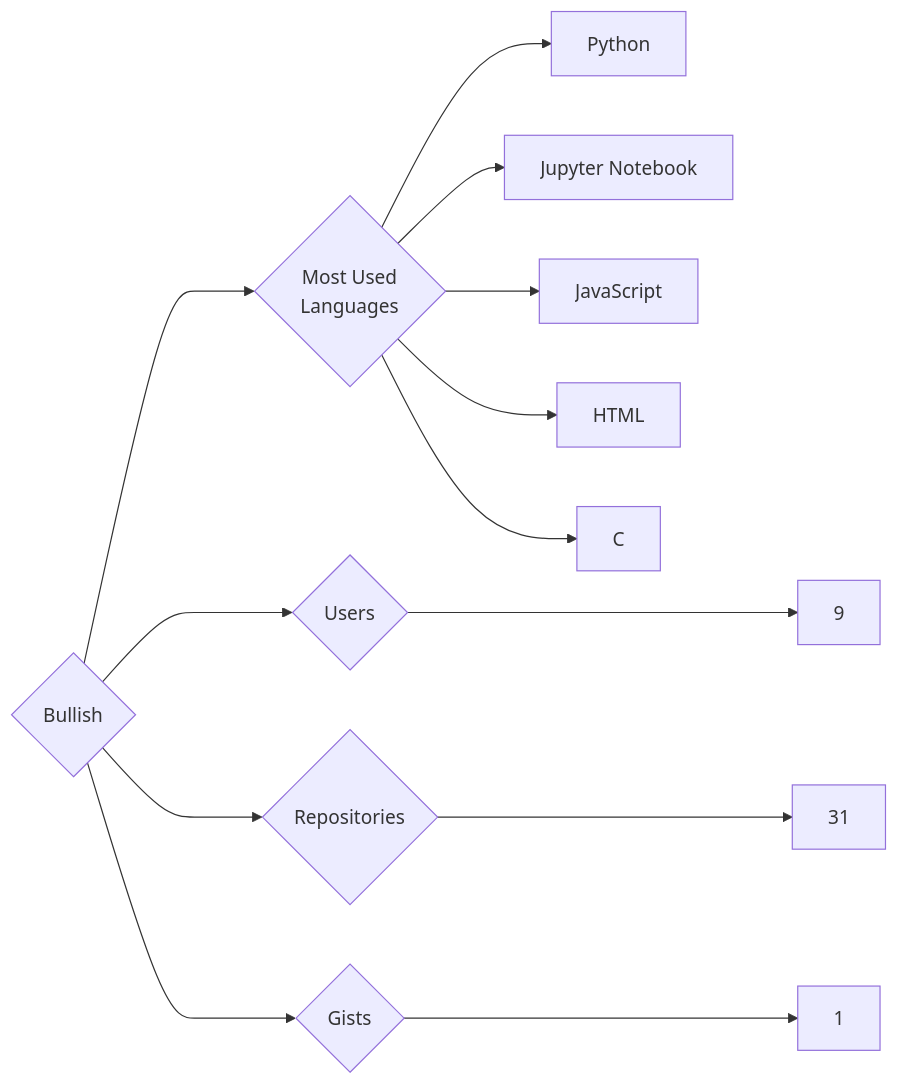
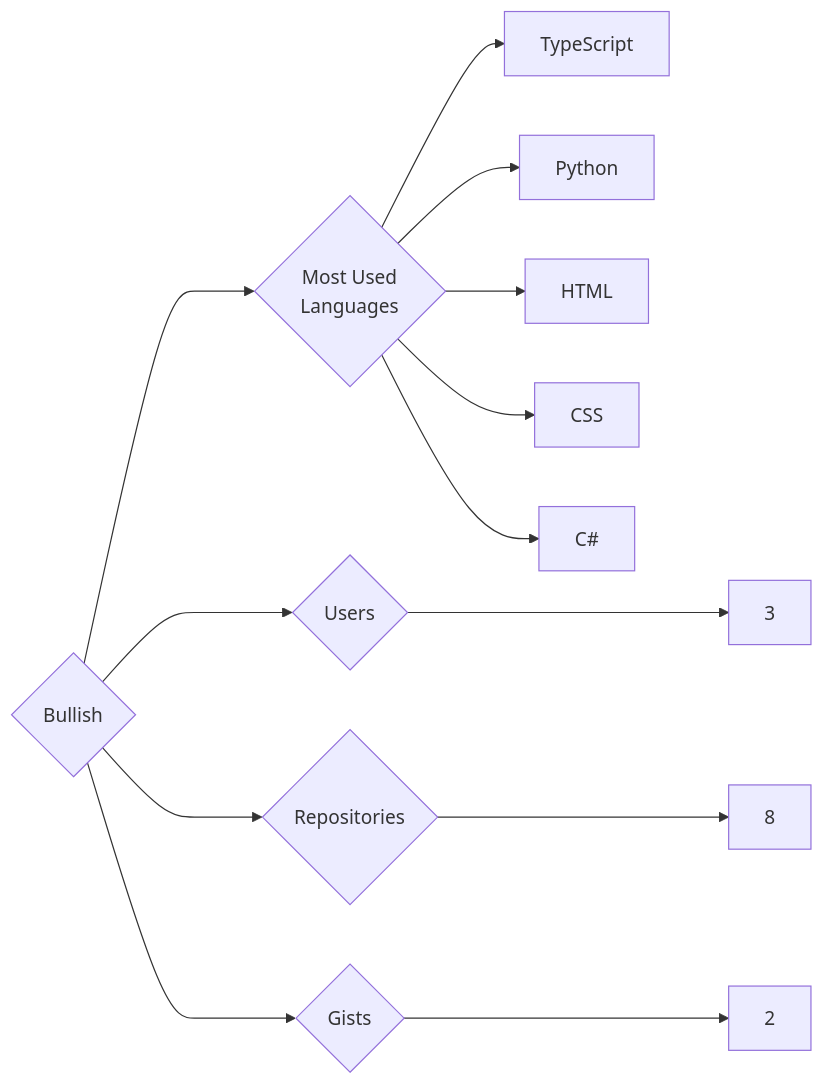
The diagram in targets/Bullish/README.md (trickest/insiders), drawn with Mermaid before and after one commit. The commit also changed 880 other files, not shown here.

````diff
--- a/targets/Bullish/README.md
+++ b/targets/Bullish/README.md
@@ -3,13 +3,13 @@
 ```mermaid
 graph LR
 COMPANY_NAME{Bullish}
-COMPANY_NAME ---> U{Users} ---> UN[9]
-COMPANY_NAME ---> R{Repositories} ---> RN[31]
-COMPANY_NAME ---> G{Gists} ---> GN[1]
+COMPANY_NAME ---> U{Users} ---> UN[3]
+COMPANY_NAME ---> R{Repositories} ---> RN[8]
+COMPANY_NAME ---> G{Gists} ---> GN[2]
 COMPANY_NAME ---> ML{Most Used<br>Languages}
+ML --> TypeScript[TypeScript]
 ML --> Python[Python]
-ML --> Jupyter_Notebook[Jupyter Notebook]
-ML --> JavaScript[JavaScript]
 ML --> HTML[HTML]
-ML --> C[C]
+ML --> CSS[CSS]
+ML --> C#[C#]
 ```
````
